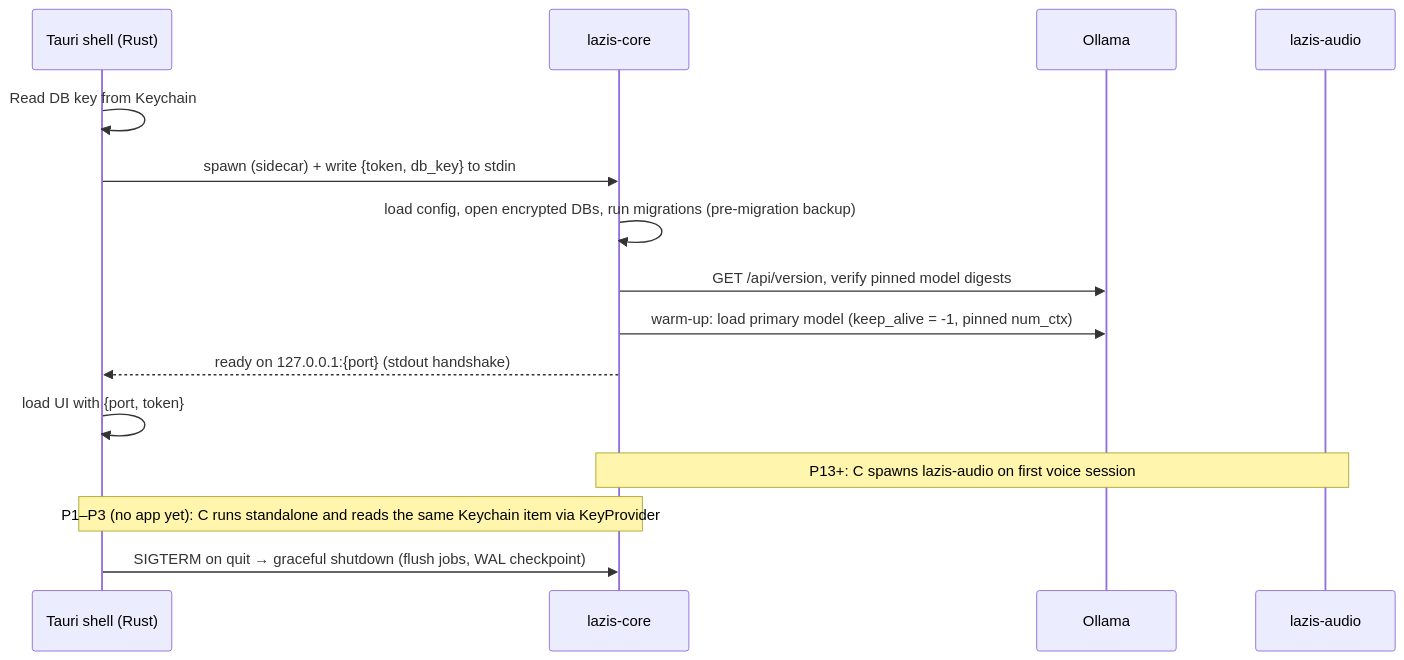
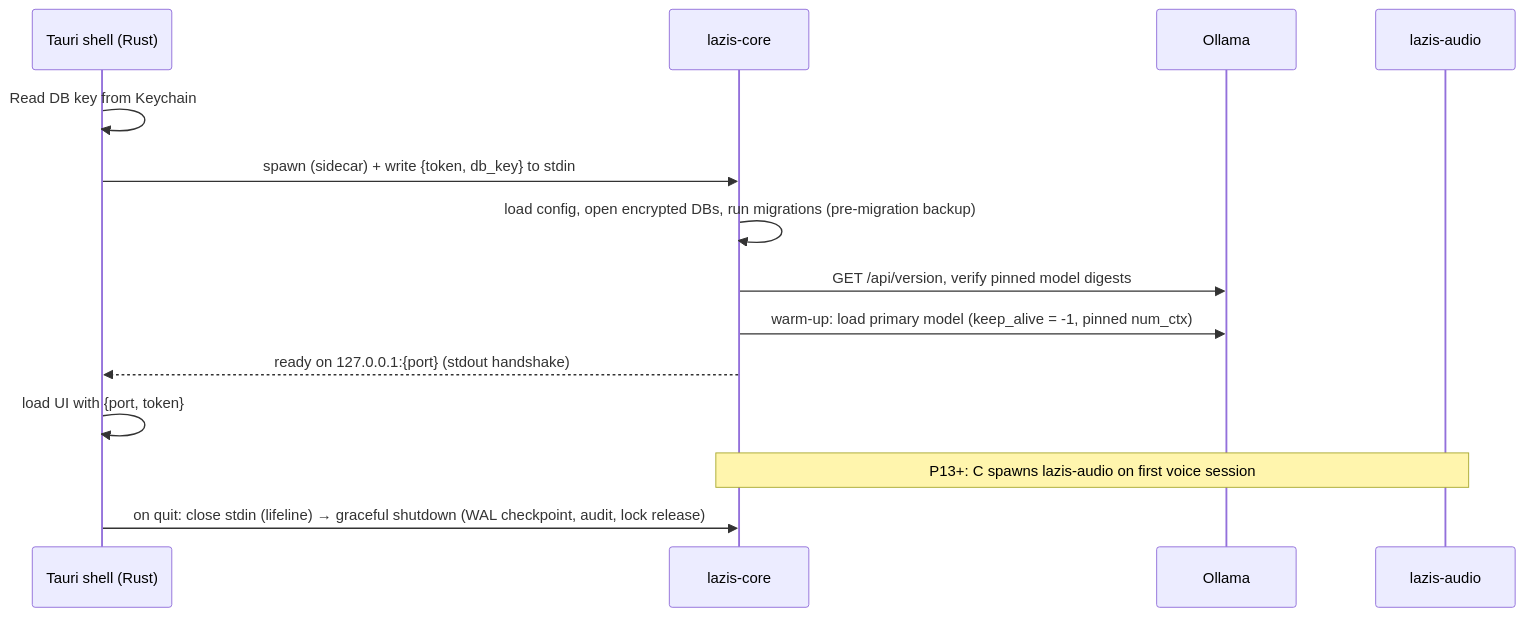
One commit to gokturkdogan/Lazis changed the second of 7 diagrams in docs/ARCHITECTURE.md. Above: the diagram before and after it, drawn with Mermaid. The commit also changed other lines of this file and 141 other files, not shown here.

````diff
--- a/docs/ARCHITECTURE.md
+++ b/docs/ARCHITECTURE.md
@@ -39,17 +40,16 @@
 ```mermaid
 sequenceDiagram
     participant T as Tauri shell (Rust)
     participant C as lazis-core
     participant O as Ollama
     participant A as lazis-audio
     T->>T: Read DB key from Keychain
     T->>C: spawn (sidecar) + write {token, db_key} to stdin
     C->>C: load config, open encrypted DBs, run migrations (pre-migration backup)
     C->>O: GET /api/version, verify pinned model digests
     C->>O: warm-up: load primary model (keep_alive = -1, pinned num_ctx)
     C-->>T: ready on 127.0.0.1:{port} (stdout handshake)
     T->>T: load UI with {port, token}
     Note over C,A: P13+: C spawns lazis-audio on first voice session
-    Note over T,C: P1–P3 (no app yet): C runs standalone and reads the same Keychain item via KeyProvider
-    T->>C: SIGTERM on quit → graceful shutdown (flush jobs, WAL checkpoint)
+    T->>C: on quit: close stdin (lifeline) → graceful shutdown (WAL checkpoint, audit, lock release)
 ```
````
